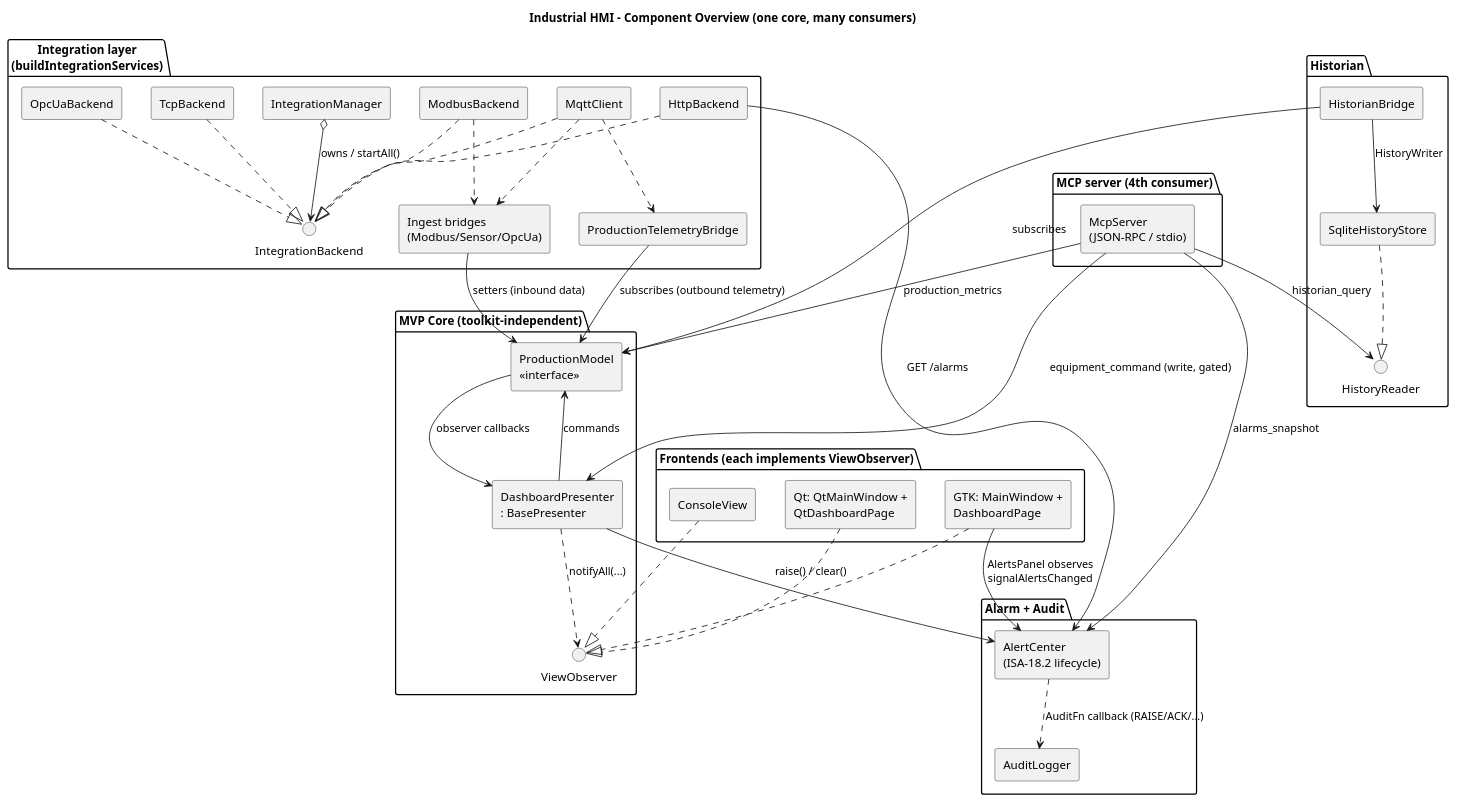
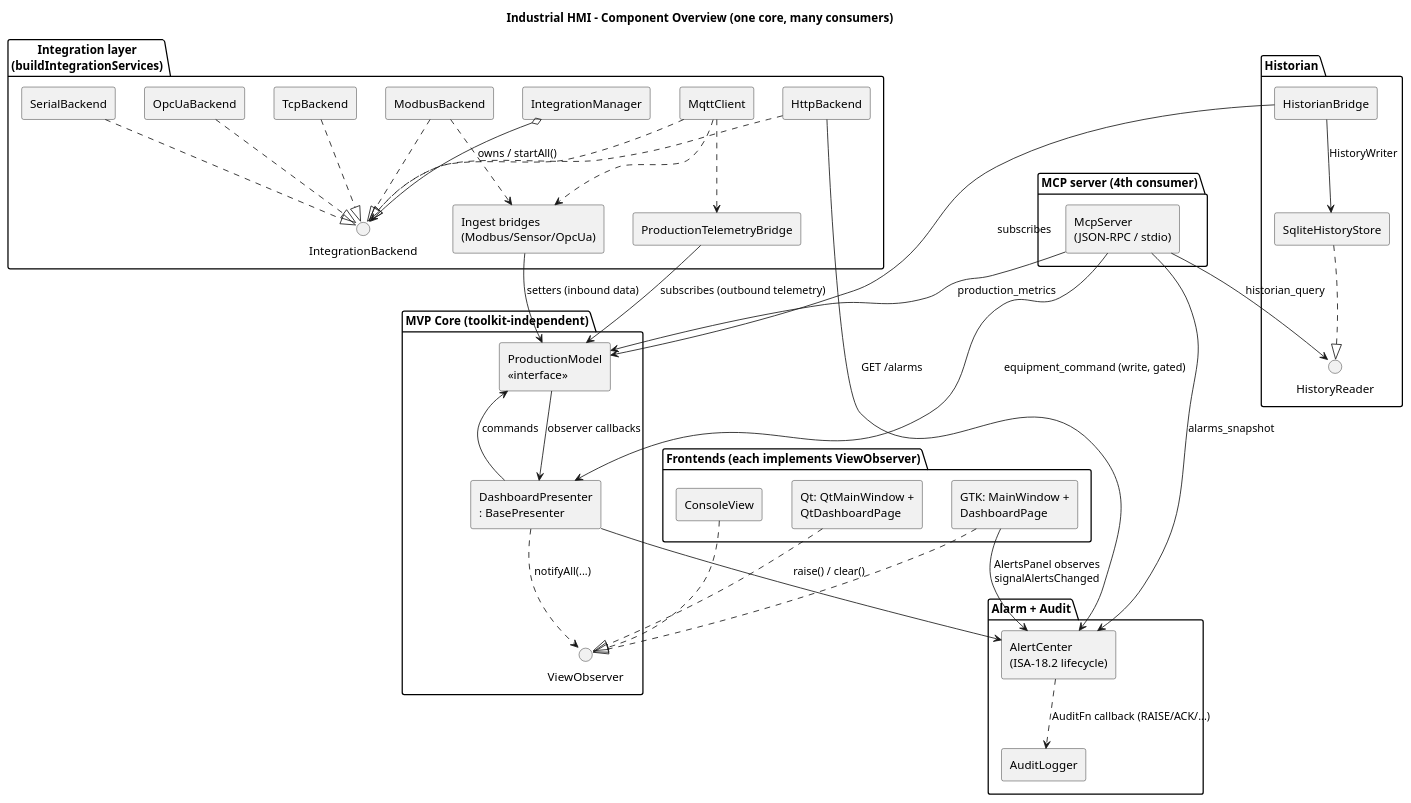
Before and after one commit to bogdanbaloi/industrial-hmi: the diagram in docs/uml/component-overview.puml, drawn with PlantUML. The commit also changed 3 other files, not shown here.

First line of the commit message:
Add serial backend UML diagrams

```diff
--- a/docs/uml/component-overview.puml
+++ b/docs/uml/component-overview.puml
@@ -1,93 +1,95 @@
 @startuml component-overview
 ' System component overview: "one core, many consumers".
 '
 ' Grounded in real source:
 '   - MVP core: src/presenter/BasePresenter.h, DashboardPresenter.h,
 '     src/presenter/ViewObserver.h; src/model/ProductionModel.h
 '   - Integration: src/integration/IntegrationBackend.h,
 '     IntegrationManager.h; concretes TcpBackend.h, MqttClient.h,
 '     modbus/ModbusBackend.h, opcua/OpcUaBackend.h, HttpBackend.h
 '   - Bootstrap: src/app/IntegrationBootstrap.h (buildIntegrationServices)
 '   - Bridges: ProductionTelemetryBridge.h, SensorIngestBridge.h,
 '     modbus/ModbusIngestBridge.h, historian/HistorianBridge.h
 '   - Historian: src/historian/HistoryReader.h, HistoryWriter.h,
 '     SqliteHistoryStore.h
 '   - AlertCenter: src/presenter/AlertCenter.h
 '   - MCP: src/mcp/McpServer.h, McpProtocol.h, tools/*
 '   - Frontends: src/gtk/view/MainWindow.h + pages/DashboardPage.h,
 '     src/console/ConsoleView.h, src/qt/view/QtMainWindow.h + QtDashboardPage.h
 
 title Industrial HMI - Component Overview (one core, many consumers)
 
 skinparam componentStyle rectangle
 skinparam shadowing false
 
 package "MVP Core (toolkit-independent)" {
   [ProductionModel\n<<interface>>] as Model
   [DashboardPresenter\n: BasePresenter] as Presenter
   interface "ViewObserver" as VO
   Presenter ..> VO : notifyAll(...)
   Model --> Presenter : observer callbacks
   Presenter --> Model : commands
 }
 
 package "Frontends (each implements ViewObserver)" {
   [GTK: MainWindow +\nDashboardPage] as GTK
   [Qt: QtMainWindow +\nQtDashboardPage] as QT
   [ConsoleView] as CON
 }
 GTK ..|> VO
 QT  ..|> VO
 CON ..|> VO
 
 package "Alarm + Audit" {
   [AlertCenter\n(ISA-18.2 lifecycle)] as Alert
   [AuditLogger] as Audit
   Alert ..> Audit : AuditFn callback (RAISE/ACK/...)
 }
 Presenter --> Alert : raise() / clear()
 GTK --> Alert : AlertsPanel observes\nsignalAlertsChanged
 
 package "Integration layer\n(buildIntegrationServices)" {
   [IntegrationManager] as Mgr
   interface "IntegrationBackend" as IB
   [TcpBackend] as TCP
   [MqttClient] as MQTT
   [ModbusBackend] as MB
   [OpcUaBackend] as OPC
   [HttpBackend] as HTTP
+  [SerialBackend] as SER
   Mgr o--> IB : owns / startAll()
   TCP ..|> IB
   MQTT ..|> IB
   MB ..|> IB
   OPC ..|> IB
   HTTP ..|> IB
+  SER ..|> IB
 
   [Ingest bridges\n(Modbus/Sensor/OpcUa)] as Ingest
   [ProductionTelemetryBridge] as TeleBridge
 }
 Ingest --> Model : setters (inbound data)
 TeleBridge --> Model : subscribes (outbound telemetry)
 MB ..> Ingest
 MQTT ..> Ingest
 MQTT ..> TeleBridge
 HTTP --> Alert : GET /alarms
 
 package "Historian" {
   [HistorianBridge] as HB
   interface "HistoryReader" as HR
   [SqliteHistoryStore] as SQLite
   HB --> Model : subscribes
   HB --> SQLite : HistoryWriter
   SQLite ..|> HR
 }
 
 package "MCP server (4th consumer)" {
   [McpServer\n(JSON-RPC / stdio)] as MCP
 }
 MCP --> Alert : alarms_snapshot
 MCP --> HR : historian_query
 MCP --> Model : production_metrics
 MCP --> Presenter : equipment_command (write, gated)
 
 @enduml
```
